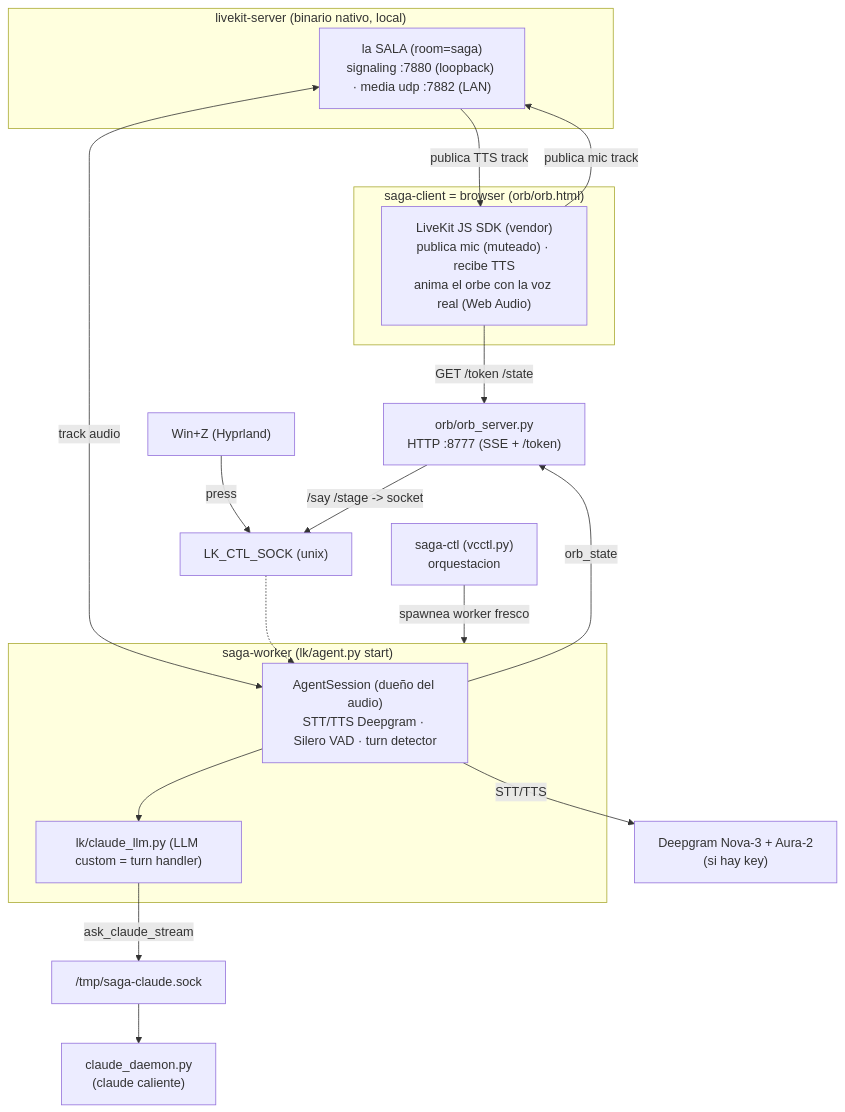
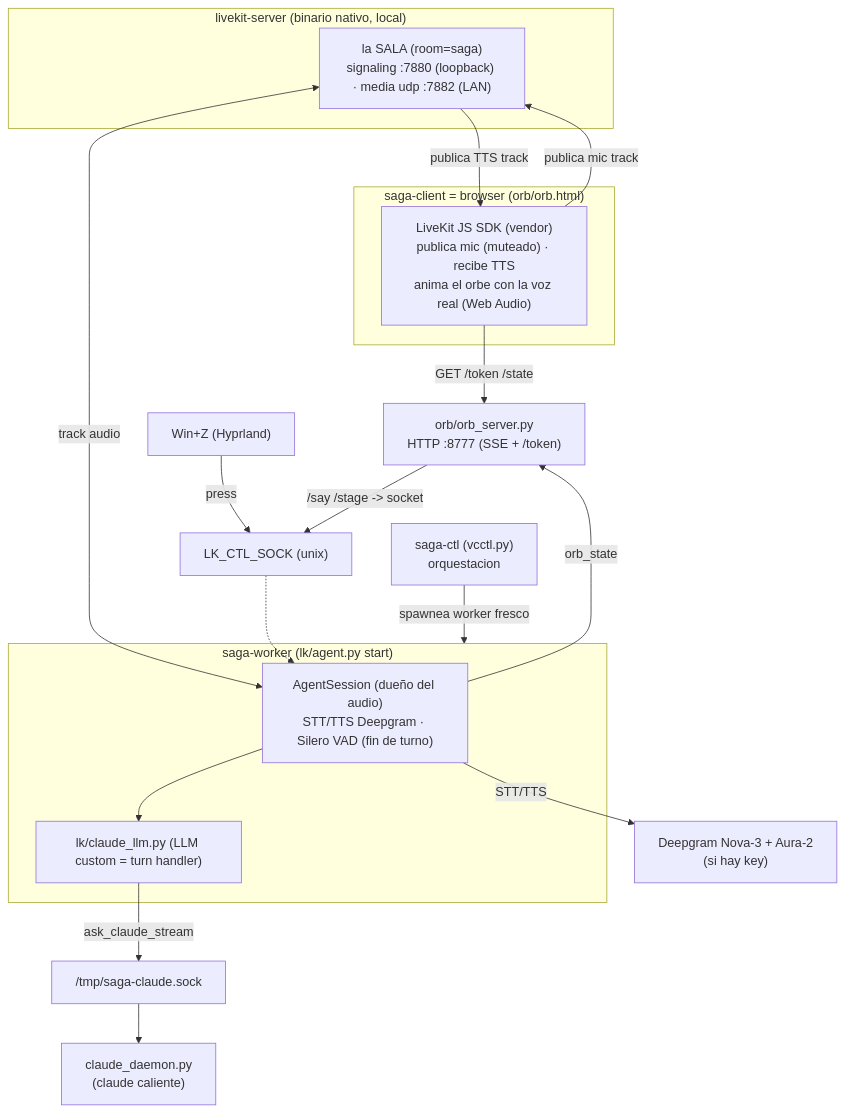
The diagram in docs/architecture.md (RenzoPS/saga), drawn with Mermaid before and after one commit. The commit also changed other lines of this file and 5 other files, not shown here.

First line of the commit message:
perf(ciclo7): U10 — turn detector semántico → VAD puro, libera ~1.8 GB RAM

````diff
--- a/docs/architecture.md
+++ b/docs/architecture.md
@@ -17,37 +17,37 @@
 ```mermaid
 graph TD
     subgraph Server["livekit-server (binario nativo, local)"]
         Room["la SALA (room=saga)<br/>signaling :7880 (loopback) · media udp :7882 (LAN)"]
     end
 
     subgraph Client["saga-client = browser (orb/orb.html)"]
         Orb["LiveKit JS SDK (vendor)<br/>publica mic (muteado) · recibe TTS<br/>anima el orbe con la voz real (Web Audio)"]
     end
 
     subgraph Worker["saga-worker (lk/agent.py start)"]
-        Agent["AgentSession (dueño del audio)<br/>STT/TTS Deepgram · Silero VAD · turn detector"]
+        Agent["AgentSession (dueño del audio)<br/>STT/TTS Deepgram · Silero VAD (fin de turno)"]
         LLM["lk/claude_llm.py (LLM custom = turn handler)"]
     end
 
     OServer["orb/orb_server.py<br/>HTTP :8777 (SSE + /token)"]
     Ctl["saga-ctl (vcctl.py)<br/>orquestacion"]
     WinZ["Win+Z (Hyprland)"]
     CtlSock["LK_CTL_SOCK (unix)"]
     CDaemon["claude_daemon.py<br/>(claude caliente)"]
     CSock["/tmp/saga-claude.sock"]
     DG["Deepgram Nova-3 + Aura-2<br/>(si hay key)"]
 
     Orb -->|publica mic track| Room
     Room -->|publica TTS track| Orb
     Room <-->|track audio| Agent
     Orb -->|GET /token /state| OServer
     Ctl -->|spawnea worker fresco| Worker
     WinZ -->|press| CtlSock
     OServer -->|/say /stage -> socket| CtlSock
     CtlSock -.-> Agent
     Agent --> LLM
     LLM -->|ask_claude_stream| CSock
     CSock --> CDaemon
     Agent -->|STT/TTS| DG
     Agent -->|orb_state| OServer
 ```
````
